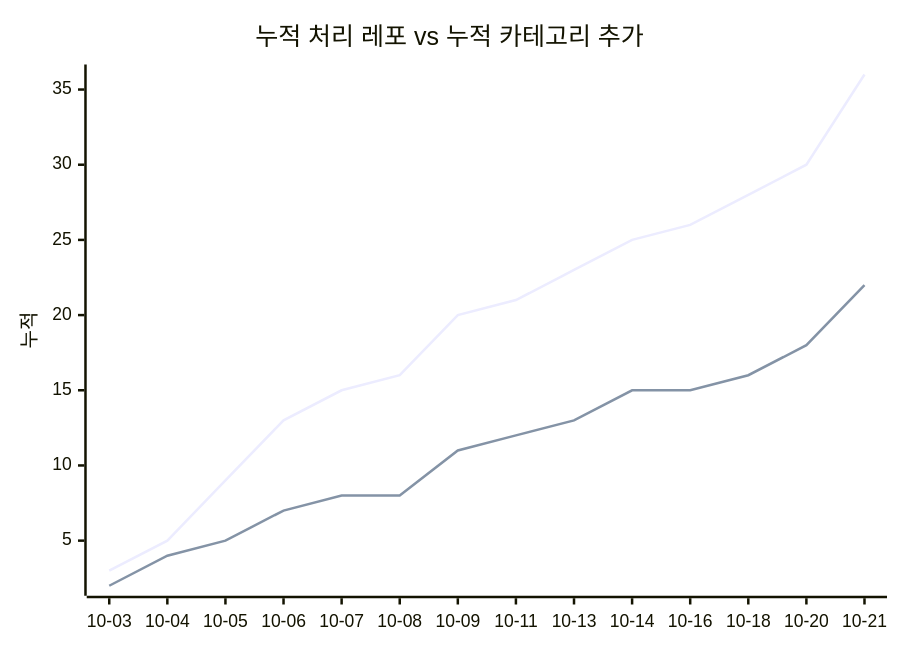
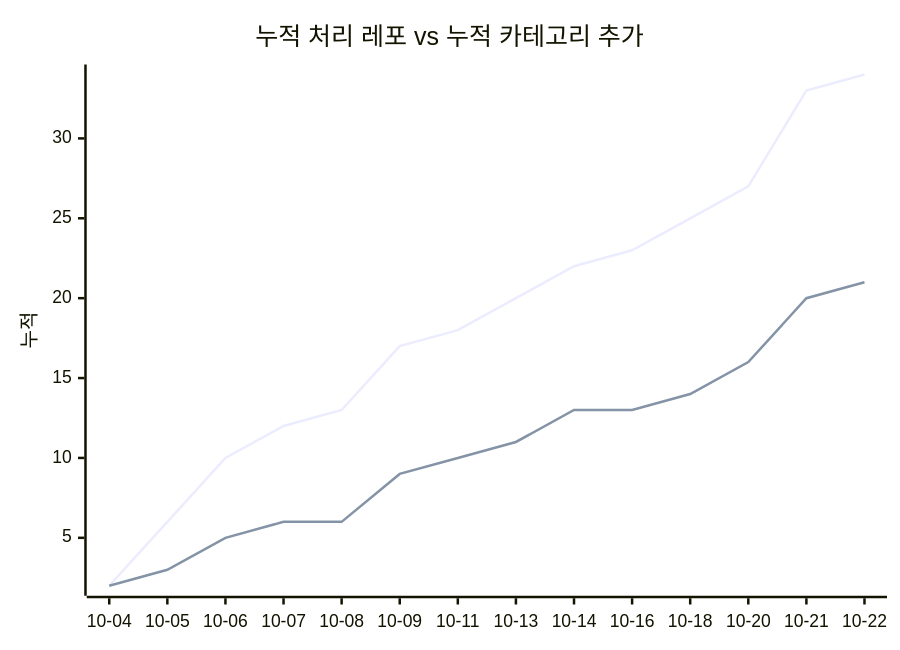
One commit to J-nowcow/awesome-korean-agent-skills changed the second of 2 diagrams in docs/trends.md. Above: the diagram before and after it, drawn with Mermaid. The commit also changed other lines of this file and 4 other files, not shown here.

````diff
--- a/docs/trends.md
+++ b/docs/trends.md
@@ -68,8 +68,8 @@
 ```mermaid
 xychart-beta
     title "누적 처리 레포 vs 누적 카테고리 추가"
-    x-axis ["10-03","10-04","10-05","10-06","10-07","10-08","10-09","10-11","10-13","10-14","10-16","10-18","10-20","10-21"]
+    x-axis ["10-04","10-05","10-06","10-07","10-08","10-09","10-11","10-13","10-14","10-16","10-18","10-20","10-21","10-22"]
     y-axis "누적"
-    line [3,5,9,13,15,16,20,21,23,25,26,28,30,36]
-    line [2,4,5,7,8,8,11,12,13,15,15,16,18,22]
+    line [2,6,10,12,13,17,18,20,22,23,25,27,33,34]
+    line [2,3,5,6,6,9,10,11,13,13,14,16,20,21]
 ```
````
